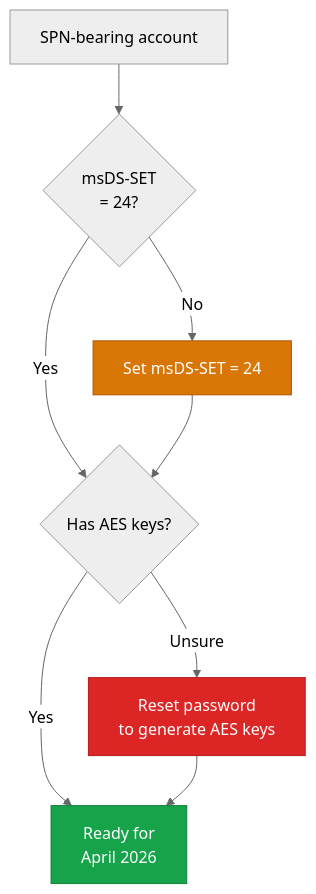
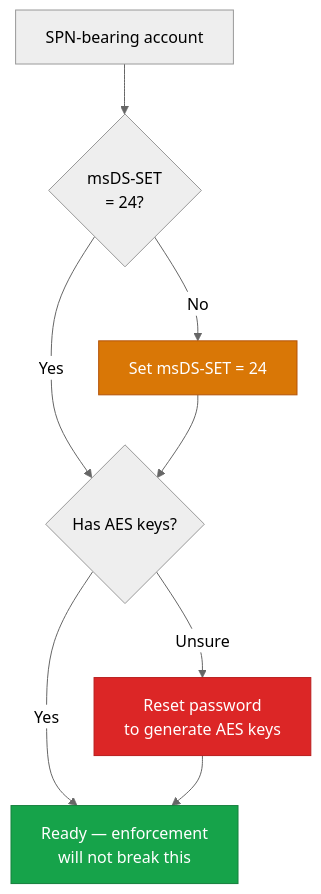
One commit to StrongWind1/Kerberos changed the fourth of 4 diagrams in content/security/quick-start.md. Above: the diagram before and after it, drawn with Mermaid (neutral theme). The commit also changed other lines of this file and 3 other files, not shown here.

````diff
--- a/content/security/quick-start.md
+++ b/content/security/quick-start.md
@@ -159,14 +171,14 @@
 ```mermaid
 flowchart TD
     START["SPN-bearing account"] --> Q1{"msDS-SET\n= 24?"}
     Q1 -->|Yes| Q2{"Has AES keys?"}
     Q1 -->|No| FIX1["Set msDS-SET = 24"]
-    Q2 -->|Yes| SAFE["Ready for\nApril 2026"]
+    Q2 -->|Yes| SAFE["Ready — enforcement\nwill not break this"]
     Q2 -->|Unsure| FIX2["Reset password\nto generate AES keys"]
     FIX1 --> Q2
     FIX2 --> SAFE
 
     style SAFE fill:#16a34a,stroke:#15803d,color:#fff
     style FIX1 fill:#d97706,stroke:#b45309,color:#fff
     style FIX2 fill:#dc2626,stroke:#b91c1c,color:#fff
 ```
````
